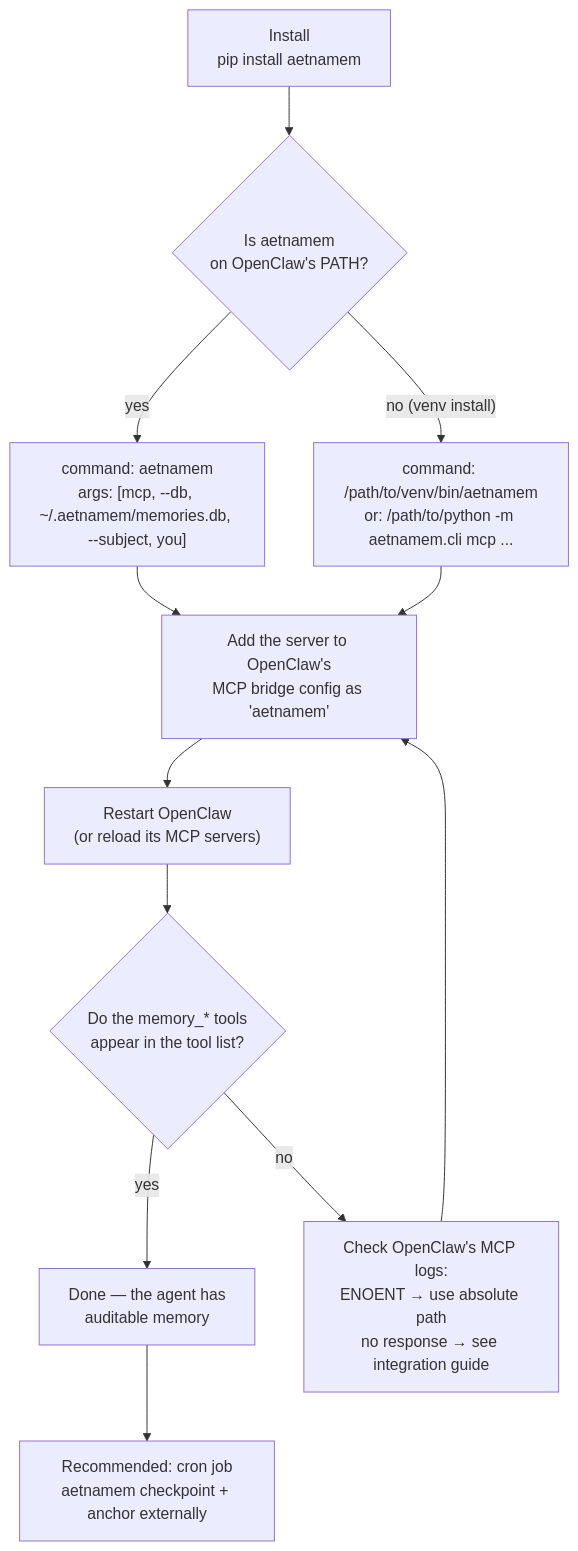
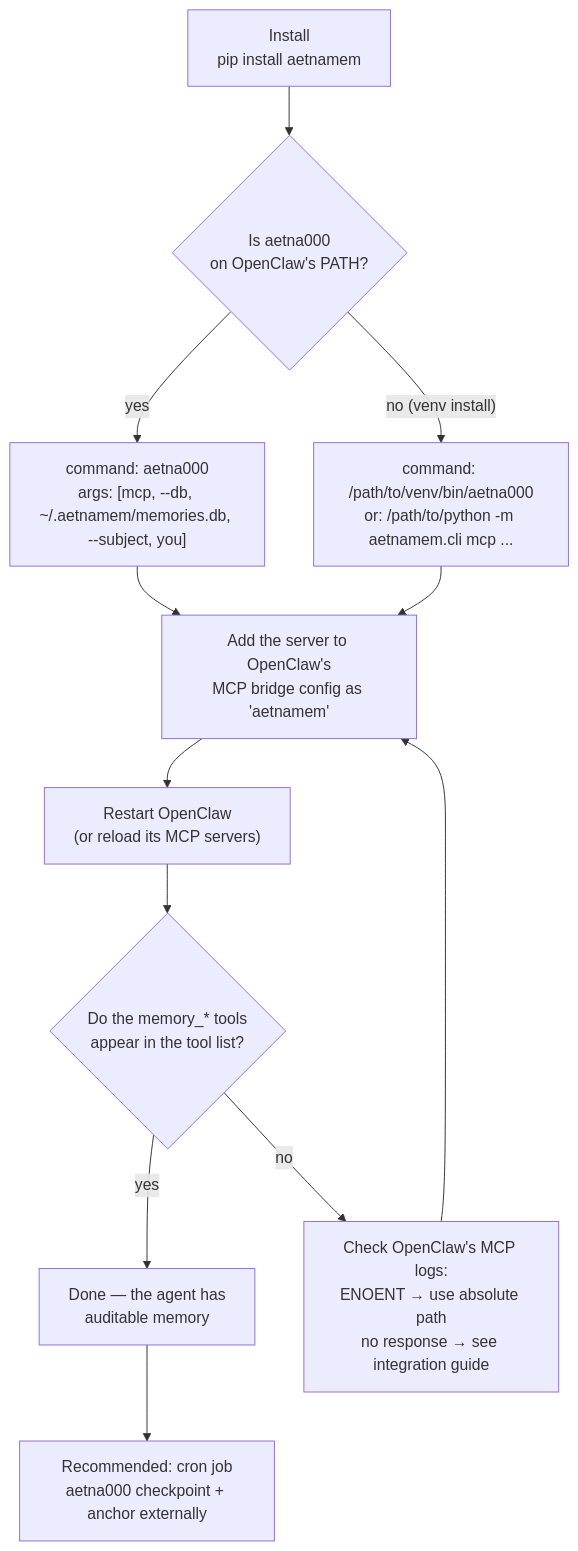
The first of 4 diagrams in docs/openclaw-setup.md (aetna000/aetnamem), drawn with Mermaid before and after one commit. The commit also changed other lines of this file and 41 other files, not shown here.

````diff
--- a/docs/openclaw-setup.md
+++ b/docs/openclaw-setup.md
@@ -12,14 +12,14 @@
 ```mermaid
 flowchart TD
-    A["Install<br/>pip install aetnamem"] --> B{"Is aetnamem<br/>on OpenClaw's PATH?"}
-    B -- "yes" --> C["command: aetnamem<br/>args: [mcp, --db, ~/.aetnamem/memories.db, --subject, you]"]
-    B -- "no (venv install)" --> D["command: /path/to/venv/bin/aetnamem<br/>or: /path/to/python -m aetnamem.cli mcp ..."]
+    A["Install<br/>pip install aetnamem"] --> B{"Is aetna000<br/>on OpenClaw's PATH?"}
+    B -- "yes" --> C["command: aetna000<br/>args: [mcp, --db, ~/.aetnamem/memories.db, --subject, you]"]
+    B -- "no (venv install)" --> D["command: /path/to/venv/bin/aetna000<br/>or: /path/to/python -m aetnamem.cli mcp ..."]
     C --> E["Add the server to OpenClaw's<br/>MCP bridge config as 'aetnamem'"]
     D --> E
     E --> F["Restart OpenClaw<br/>(or reload its MCP servers)"]
     F --> G{"Do the memory_* tools<br/>appear in the tool list?"}
     G -- "yes" --> H["Done — the agent has<br/>auditable memory"]
     G -- "no" --> I["Check OpenClaw's MCP logs:<br/>ENOENT → use absolute path<br/>no response → see integration guide"]
     I --> E
-    H --> J["Recommended: cron job<br/>aetnamem checkpoint + anchor externally"]
+    H --> J["Recommended: cron job<br/>aetna000 checkpoint + anchor externally"]
 ```
````
